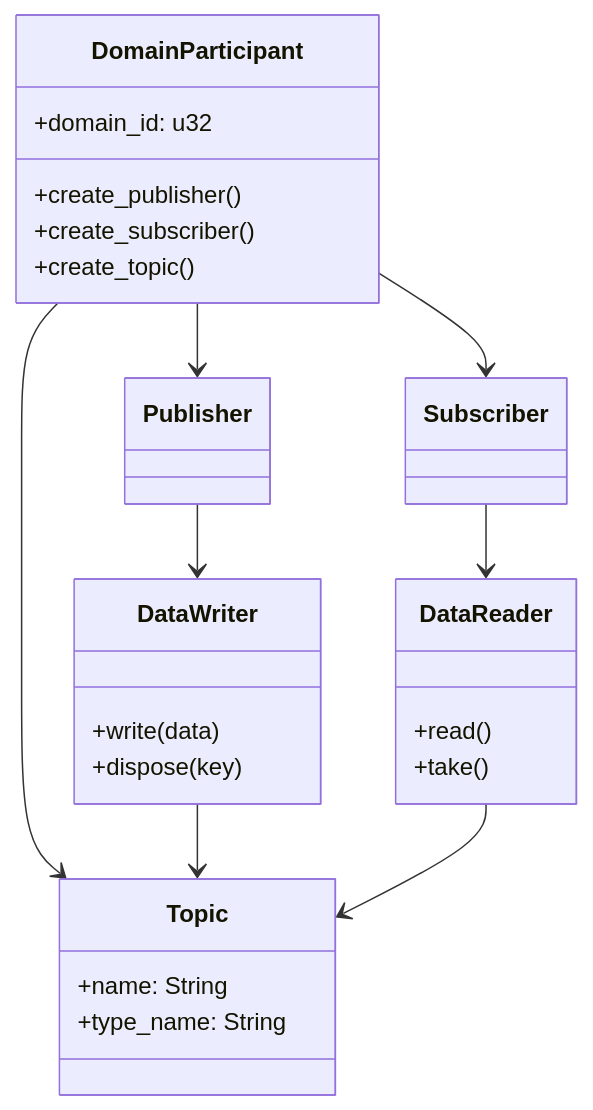
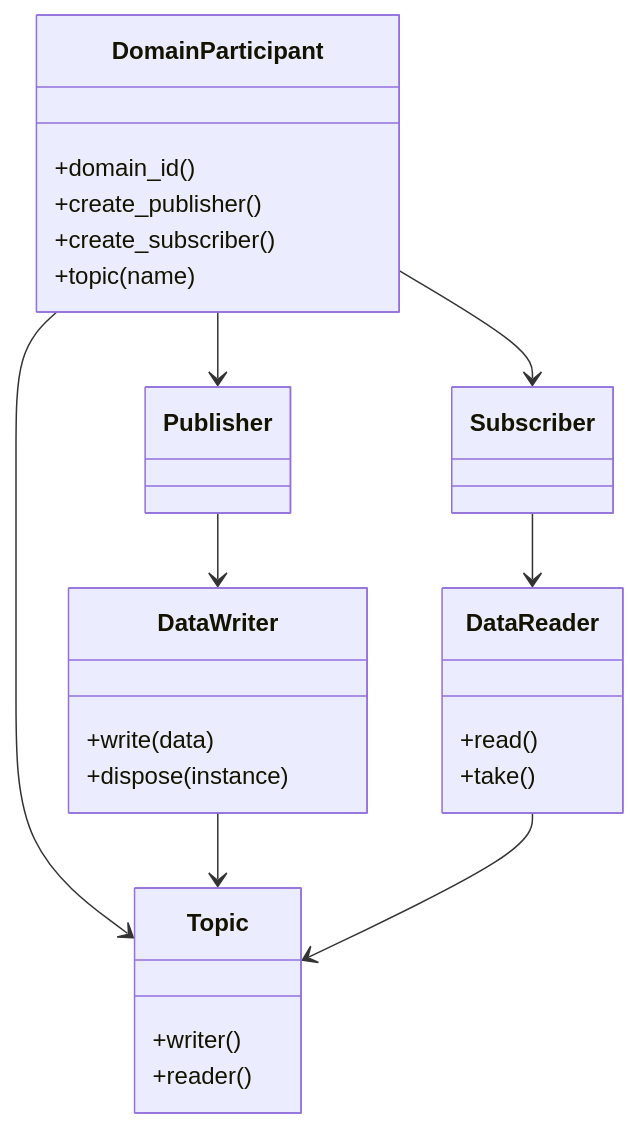
The diagram in docs/api/index.md (hdds-team/hdds), drawn with Mermaid before and after one commit. The commit also changed other lines of this file and 1712 other files, not shown here.

````diff
--- a/docs/api/index.md
+++ b/docs/api/index.md
@@ -185,32 +185,32 @@
 ```mermaid
 classDiagram
     DomainParticipant --> Publisher
     DomainParticipant --> Subscriber
     DomainParticipant --> Topic
     Publisher --> DataWriter
     Subscriber --> DataReader
     DataWriter --> Topic
     DataReader --> Topic
 
     class DomainParticipant {
-        +domain_id: u32
+        +domain_id()
         +create_publisher()
         +create_subscriber()
-        +create_topic()
+        +topic(name)
     }
 
     class Topic {
-        +name: String
-        +type_name: String
+        +writer()
+        +reader()
     }
 
     class DataWriter {
         +write(data)
-        +dispose(key)
+        +dispose(instance)
     }
 
     class DataReader {
         +read()
         +take()
     }
 ```
````
